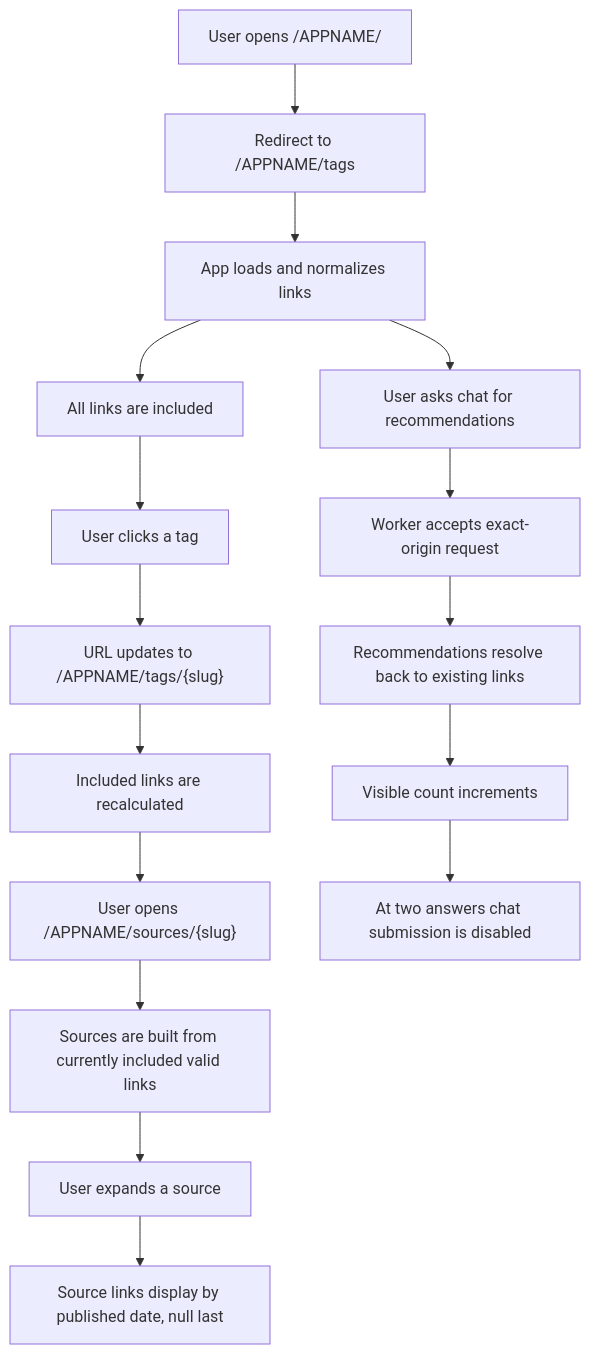
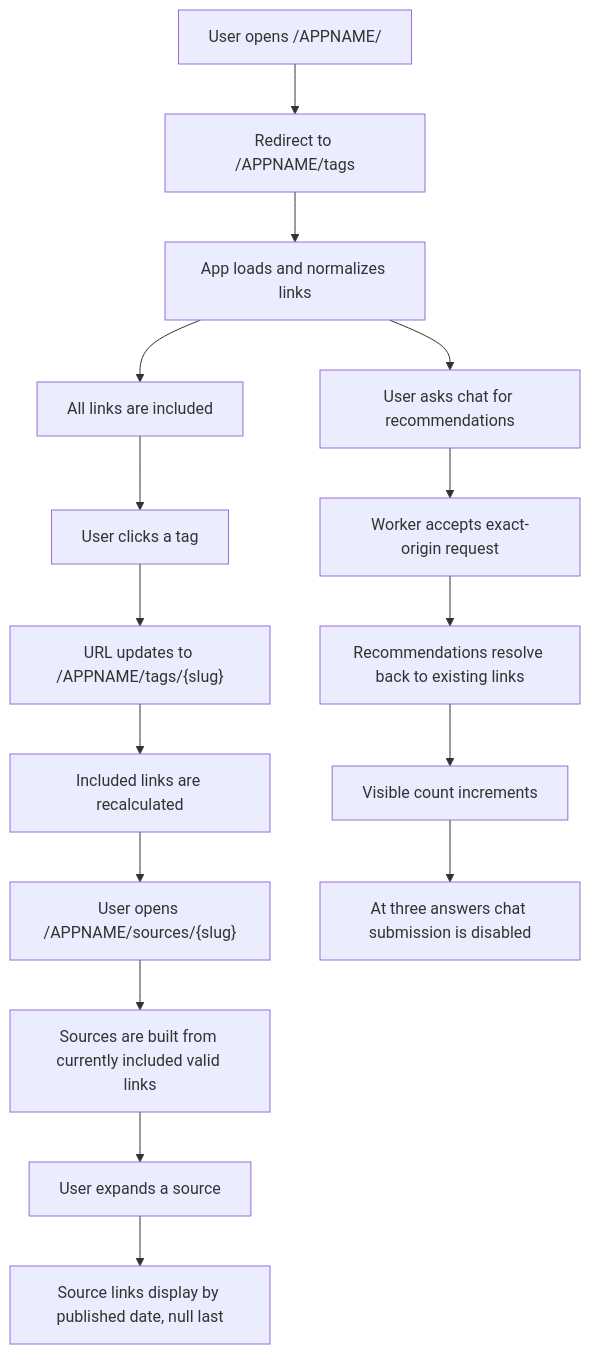
One commit to johnpfeiffer/links-app changed the second of 2 diagrams in SPEC/implementation-plan.md. Above: the diagram before and after it, drawn with Mermaid. The commit also changed other lines of this file and 14 other files, not shown here.

````diff
--- a/SPEC/implementation-plan.md
+++ b/SPEC/implementation-plan.md
@@ -72,18 +74,18 @@
 ```mermaid
 flowchart TD
   A["User opens /APPNAME/"] --> B["Redirect to /APPNAME/tags"]
   B --> C["App loads and normalizes links"]
   C --> D["All links are included"]
   D --> E["User clicks a tag"]
   E --> F["URL updates to /APPNAME/tags/{slug}"]
   F --> G["Included links are recalculated"]
   G --> H["User opens /APPNAME/sources/{slug}"]
   H --> I["Sources are built from currently included valid links"]
   I --> J["User expands a source"]
   J --> K["Source links display by published date, null last"]
   C --> L["User asks chat for recommendations"]
   L --> M["Worker accepts exact-origin request"]
   M --> N["Recommendations resolve back to existing links"]
   N --> O["Visible count increments"]
-  O --> P["At two answers chat submission is disabled"]
+  O --> P["At three answers chat submission is disabled"]
 ```
````
